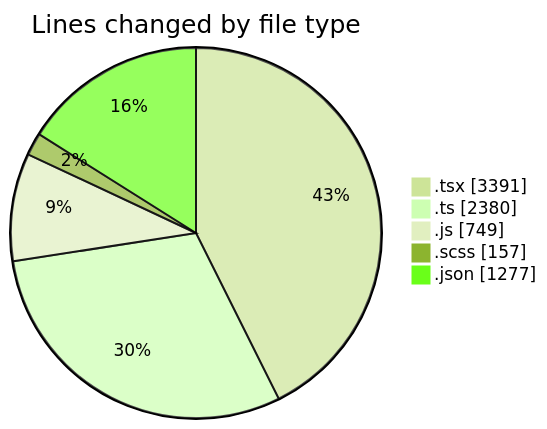
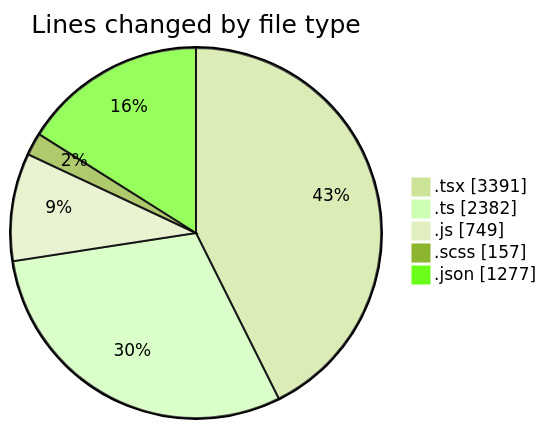
Before and after one commit to momahboobian/code-tracking: the first of 2 diagrams in 2026-06-15/cda/README.md, drawn with Mermaid (forest theme). The commit also changed other lines of this file and 1 other file, not shown here.

````diff
--- a/2026-06-15/cda/README.md
+++ b/2026-06-15/cda/README.md
@@ -66,9 +66,9 @@
 ```mermaid
 pie showData
 title Lines changed by file type
 ".tsx" : 3391
-".ts" : 2380
+".ts" : 2382
 ".js" : 749
 ".scss" : 157
 ".json" : 1277
 ```
````
